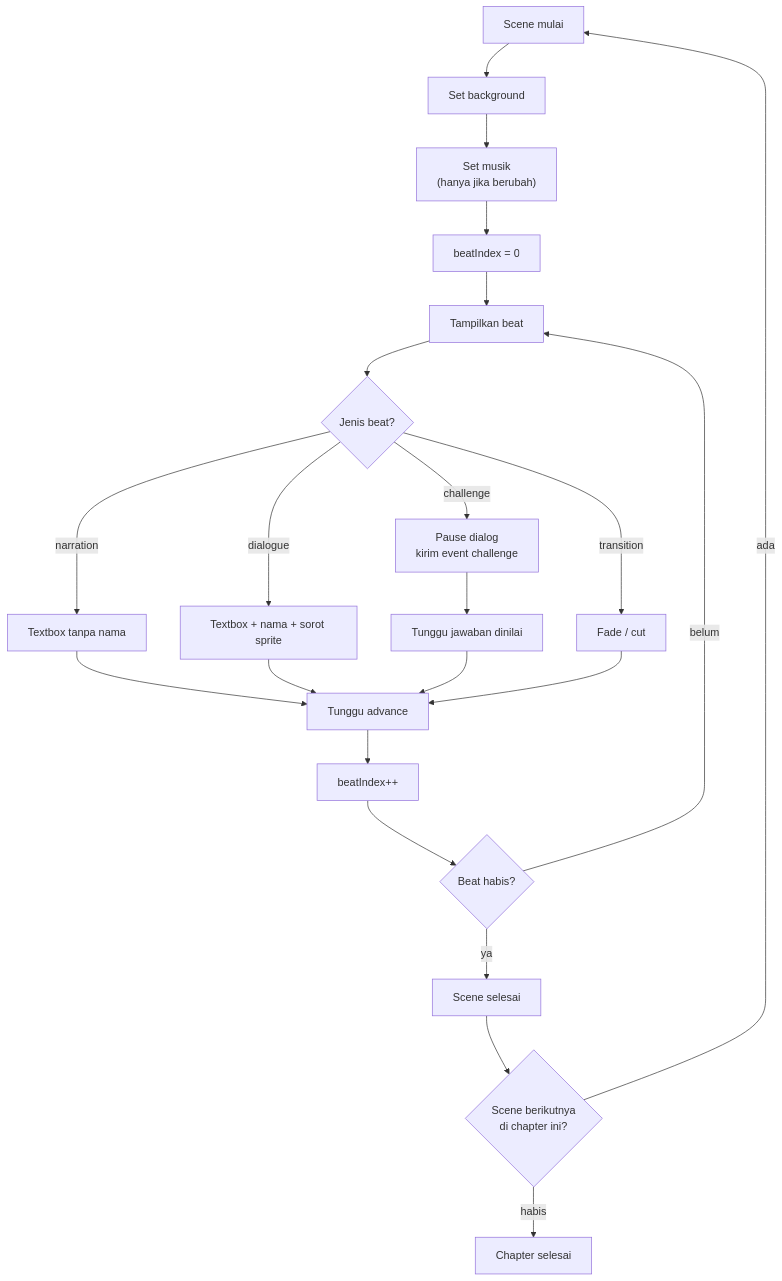
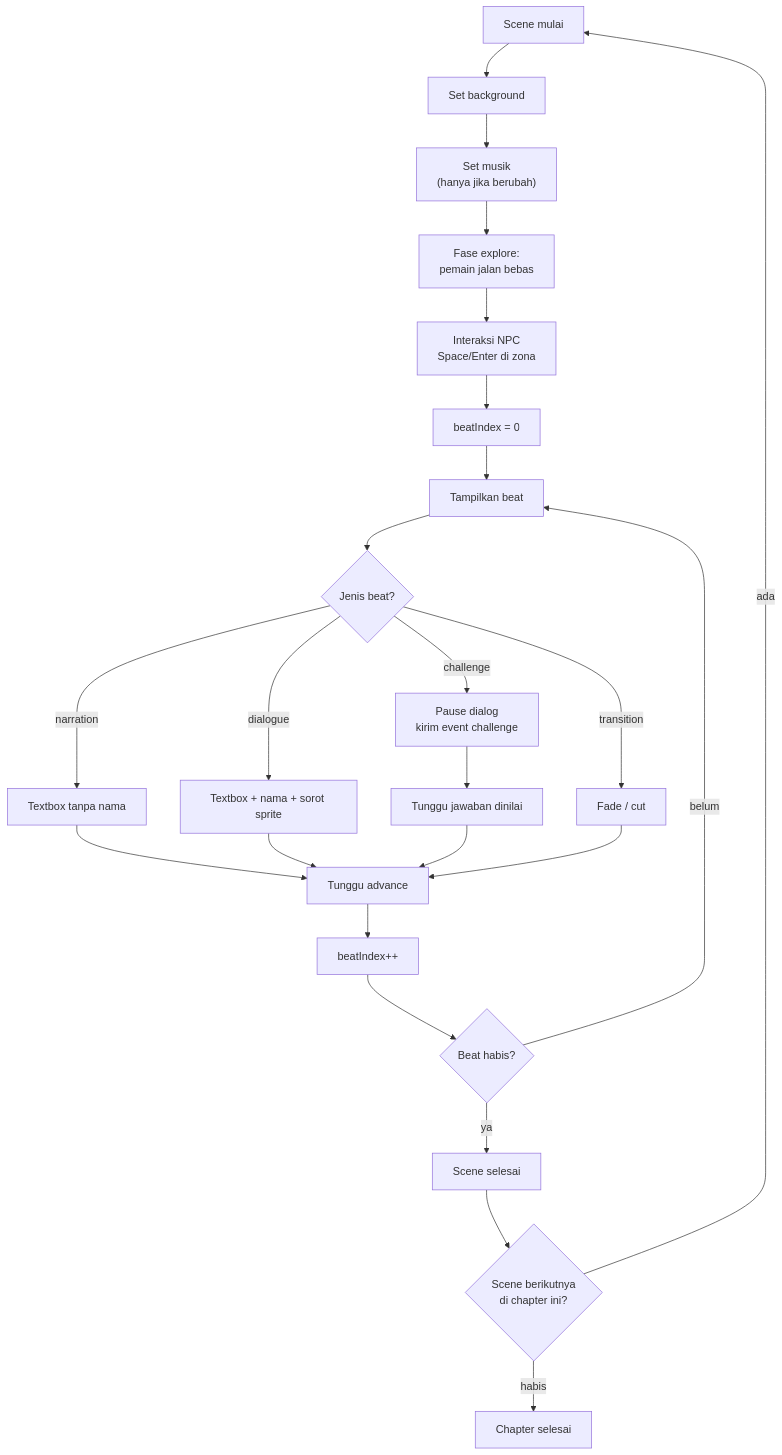
The diagram in docs/04-game/scene-format.md (justeita/ClassQuest), drawn with Mermaid before and after one commit. The commit also changed other lines of this file and 3 other files, not shown here.

````diff
--- a/docs/04-game/scene-format.md
+++ b/docs/04-game/scene-format.md
@@ -95,24 +116,26 @@
 ```mermaid
 flowchart TD
   S["Scene mulai"] --> A["Set background"]
   A --> B["Set musik<br/>(hanya jika berubah)"]
-  B --> C["beatIndex = 0"]
+  B --> X["Fase explore:<br/>pemain jalan bebas"]
+  X --> D0["Interaksi NPC<br/>Space/Enter di zona"]
+  D0 --> C["beatIndex = 0"]
   C --> D["Tampilkan beat"]
   D --> E{"Jenis beat?"}
   E -- "narration" --> F["Textbox tanpa nama"]
   E -- "dialogue" --> G["Textbox + nama + sorot sprite"]
   E -- "challenge" --> H["Pause dialog<br/>kirim event challenge"]
   E -- "transition" --> I["Fade / cut"]
   F --> J["Tunggu advance"]
   G --> J
   H --> K["Tunggu jawaban dinilai"]
   K --> J
   I --> J
   J --> L["beatIndex++"]
   L --> M{"Beat habis?"}
   M -- "belum" --> D
   M -- "ya" --> N["Scene selesai"]
   N --> O{"Scene berikutnya<br/>di chapter ini?"}
   O -- "ada" --> S
   O -- "habis" --> P["Chapter selesai"]
 ```
````
